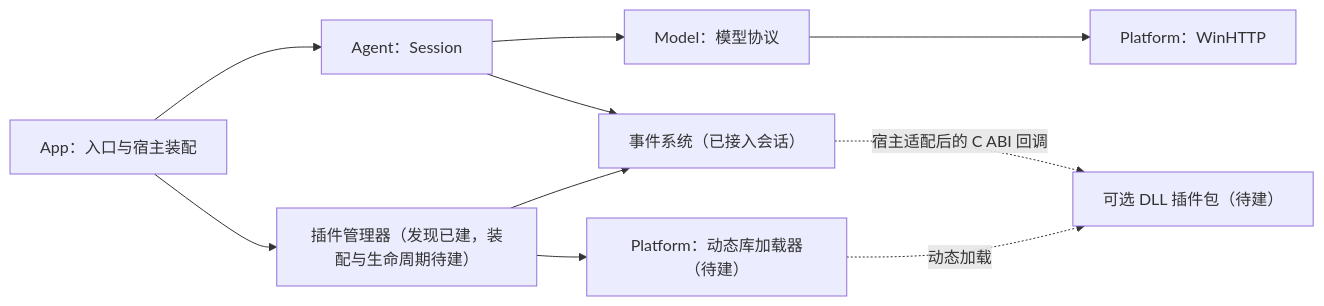
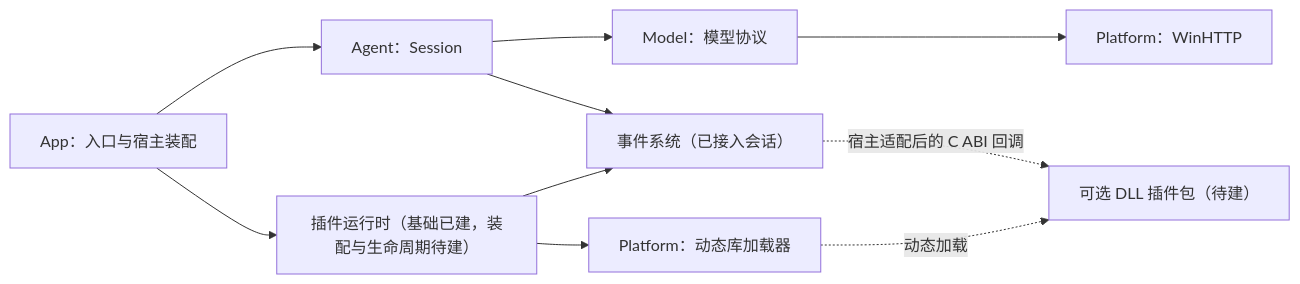
Before and after one commit to AuraKaliya/DaFeiYu-: the diagram in docs/foundation-development-guide.md, drawn with Mermaid. The commit also changed other lines of this file and 9 other files, not shown here.

````diff
--- a/docs/foundation-development-guide.md
+++ b/docs/foundation-development-guide.md
@@ -61,12 +64,12 @@
 ```mermaid
 flowchart LR
     App["App：入口与宿主装配"] --> Agent["Agent：Session"]
     Agent --> Model["Model：模型协议"]
     Model --> HTTP["Platform：WinHTTP"]
-    App --> Manager["插件管理器（发现已建，装配与生命周期待建）"]
+    App --> Manager["插件运行时（基础已建，装配与生命周期待建）"]
     Agent --> Events["事件系统（已接入会话）"]
     Manager --> Events
-    Manager --> Loader["Platform：动态库加载器（待建）"]
+    Manager --> Loader["Platform：动态库加载器"]
     Loader -. "动态加载" .-> Plugin["可选 DLL 插件包（待建）"]
     Events -. "宿主适配后的 C ABI 回调" .-> Plugin
 ```
````
